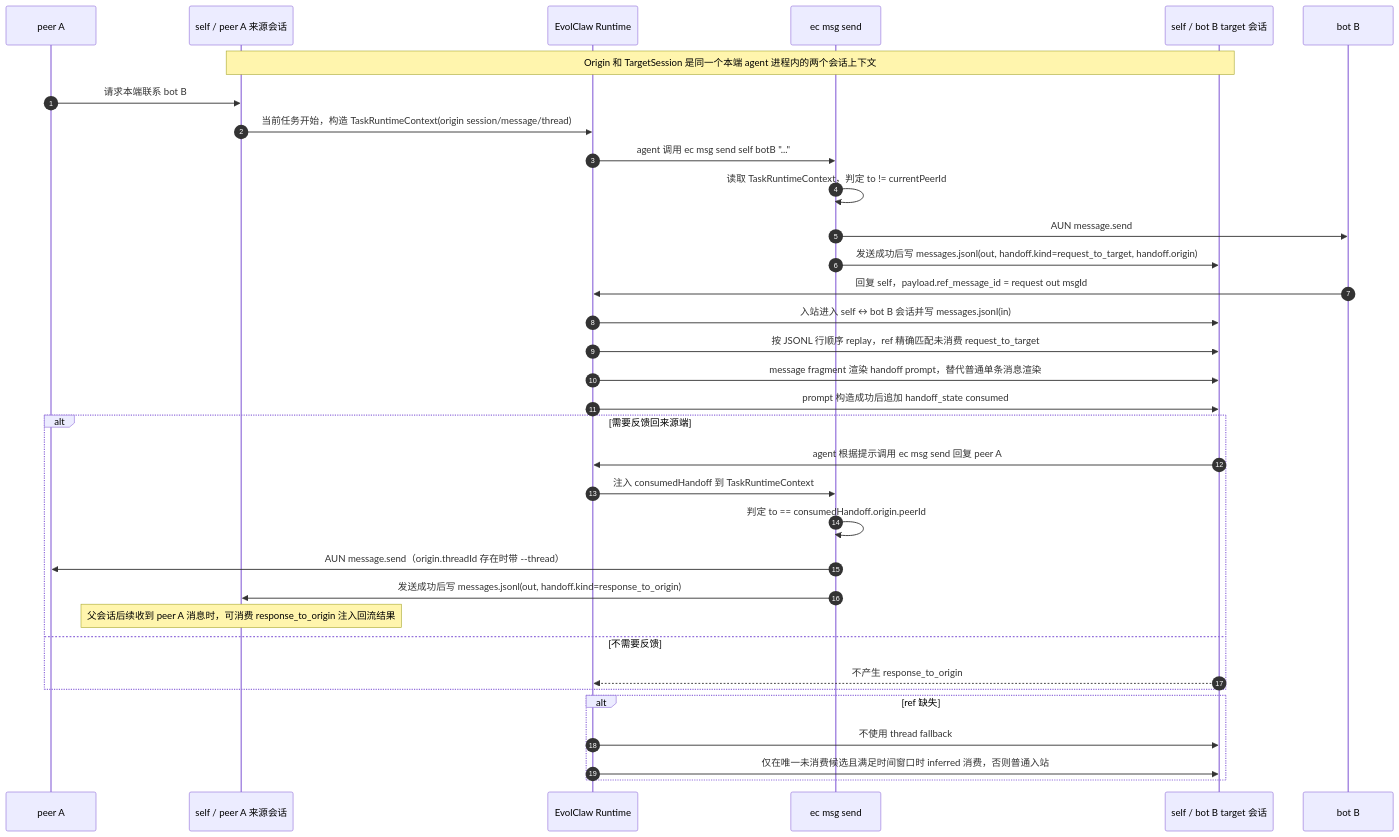
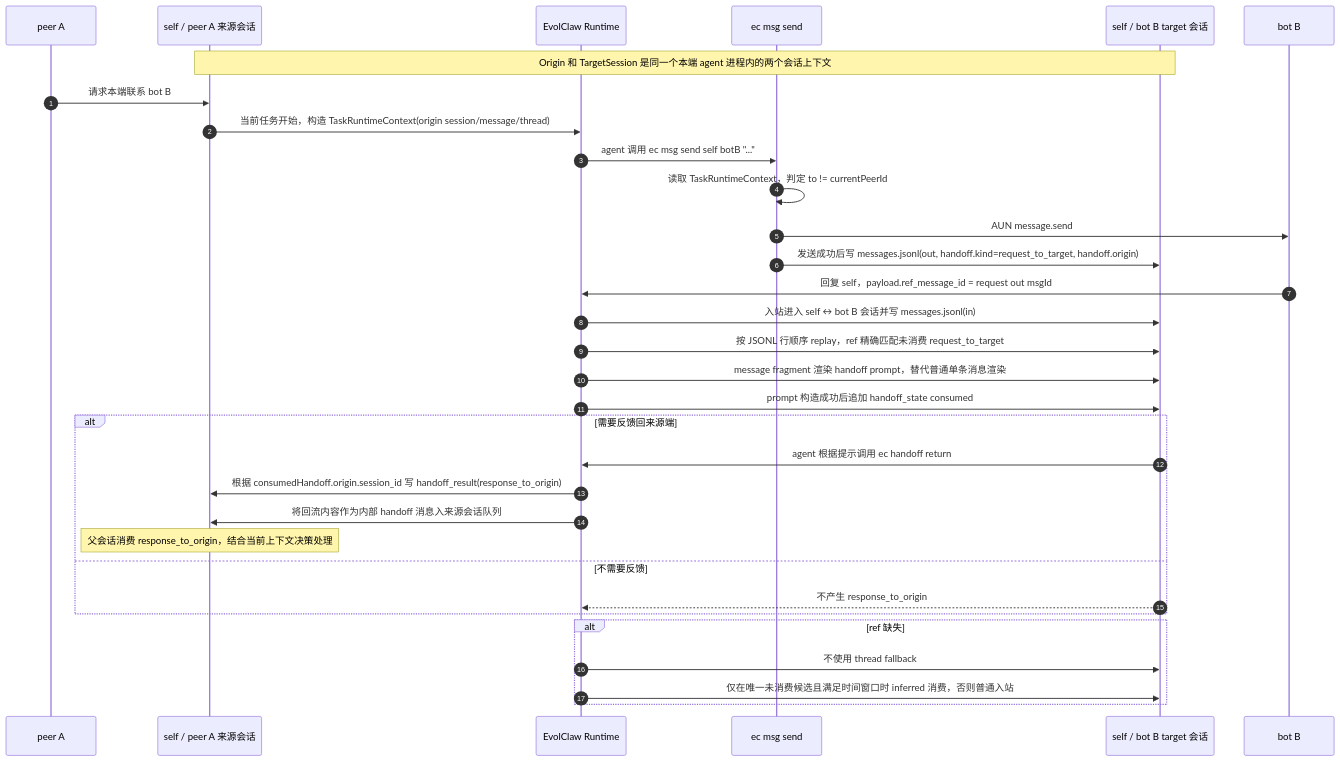
Before and after one commit to eLeanwang/evolclaw: the second of 2 diagrams in docs/msg-send-cross-session-handoff-append-only-design.md, drawn with Mermaid. The commit also changed other lines of this file and 45 other files, not shown here.

````diff
--- a/docs/msg-send-cross-session-handoff-append-only-design.md
+++ b/docs/msg-send-cross-session-handoff-append-only-design.md
@@ -247,41 +253,39 @@
 ```mermaid
 sequenceDiagram
     autonumber
     participant PeerA as peer A
     participant Origin as self / peer A 来源会话
     participant Runtime as EvolClaw Runtime
     participant Cli as ec msg send
     participant TargetSession as self / bot B target 会话
     participant BotB as bot B
 
     Note over Origin,TargetSession: Origin 和 TargetSession 是同一个本端 agent 进程内的两个会话上下文
 
     PeerA->>Origin: 请求本端联系 bot B
     Origin->>Runtime: 当前任务开始，构造 TaskRuntimeContext(origin session/message/thread)
     Runtime->>Cli: agent 调用 ec msg send self botB "..."
     Cli->>Cli: 读取 TaskRuntimeContext，判定 to != currentPeerId
     Cli->>BotB: AUN message.send
     Cli->>TargetSession: 发送成功后写 messages.jsonl(out, handoff.kind=request_to_target, handoff.origin)
 
     BotB->>Runtime: 回复 self，payload.ref_message_id = request out msgId
     Runtime->>TargetSession: 入站进入 self ↔ bot B 会话并写 messages.jsonl(in)
     Runtime->>TargetSession: 按 JSONL 行顺序 replay，ref 精确匹配未消费 request_to_target
     Runtime->>TargetSession: message fragment 渲染 handoff prompt，替代普通单条消息渲染
     Runtime->>TargetSession: prompt 构造成功后追加 handoff_state consumed
 
     alt 需要反馈回来源端
-        TargetSession->>Runtime: agent 根据提示调用 ec msg send 回复 peer A
-        Runtime->>Cli: 注入 consumedHandoff 到 TaskRuntimeContext
-        Cli->>Cli: 判定 to == consumedHandoff.origin.peerId
-        Cli->>PeerA: AUN message.send（origin.threadId 存在时带 --thread）
-        Cli->>Origin: 发送成功后写 messages.jsonl(out, handoff.kind=response_to_origin)
-        Note over Origin: 父会话后续收到 peer A 消息时，可消费 response_to_origin 注入回流结果
+        TargetSession->>Runtime: agent 根据提示调用 ec handoff return
+        Runtime->>Origin: 根据 consumedHandoff.origin.session_id 写 handoff_result(response_to_origin)
+        Runtime->>Origin: 将回流内容作为内部 handoff 消息入来源会话队列
+        Note over Origin: 父会话消费 response_to_origin，结合当前上下文决策处理
     else 不需要反馈
         TargetSession-->>Runtime: 不产生 response_to_origin
     end
 
     alt ref 缺失
         Runtime->>TargetSession: 不使用 thread fallback
         Runtime->>TargetSession: 仅在唯一未消费候选且满足时间窗口时 inferred 消费，否则普通入站
     end
 ```
````
